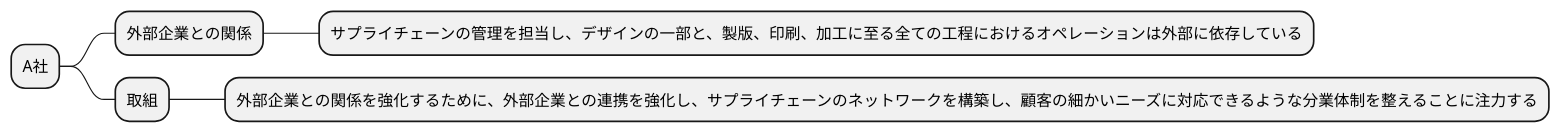
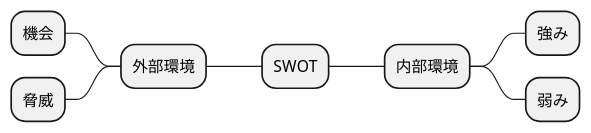
One commit to k2works/requirements_definition_excercise changed the third of 10 diagrams in docs/R03/master/study_1_r03.md. Above: the diagram before and after it, drawn with PlantUML. The commit also changed other lines of this file and 1 other file, not shown here.

````diff
--- a/docs/R03/master/study_1_r03.md
+++ b/docs/R03/master/study_1_r03.md
@@ -280,11 +67,11 @@
 ```plantuml
 @startmindmap
-
-* A社
-** 外部企業との関係
-*** サプライチェーンの管理を担当し、デザインの一部と、製版、印刷、加工に至る全ての工程におけるオペレーションは外部に依存している
-** 取組
-*** 外部企業との関係を強化するために、外部企業との連携を強化し、サプライチェーンのネットワークを構築し、顧客の細かいニーズに対応できるような分業体制を整えることに注力する
-
+* SWOT
+-- 外部環境
+--- 機会
+--- 脅威
+** 内部環境
+*** 強み
+*** 弱み
 @endmindmap
 ```
````
